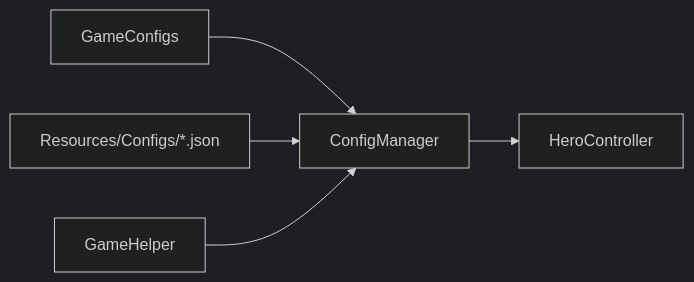
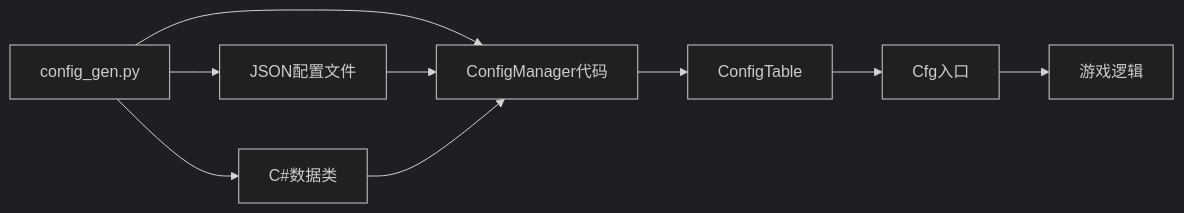
The sixth of 6 diagrams in .qoder/repowiki/zh/content/核心架构/配置驱动开发.md (Tuusen/p1_client), drawn with Mermaid (dark theme) before and after one commit. The commit also changed other lines of this file and 29 other files, not shown here.

````diff
--- a/.qoder/repowiki/zh/content/核心架构/配置驱动开发.md
+++ b/.qoder/repowiki/zh/content/核心架构/配置驱动开发.md
@@ -304,7 +283,11 @@
 ```mermaid
 graph LR
-GC["GameConfigs"] --> CM["ConfigManager"]
-RC["Resources/Configs/*.json"] --> CM
-CM --> HC["HeroController"]
-GH["GameHelper"] --> CM
+CG["config_gen.py"] --> JSON["JSON配置文件"]
+CG --> CS["C#数据类"]
+CG --> CM["ConfigManager代码"]
+JSON --> CM
+CS --> CM
+CM --> CT["ConfigTable"]
+CT --> CFG["Cfg入口"]
+CFG --> GAME["游戏逻辑"]
 ```
````
